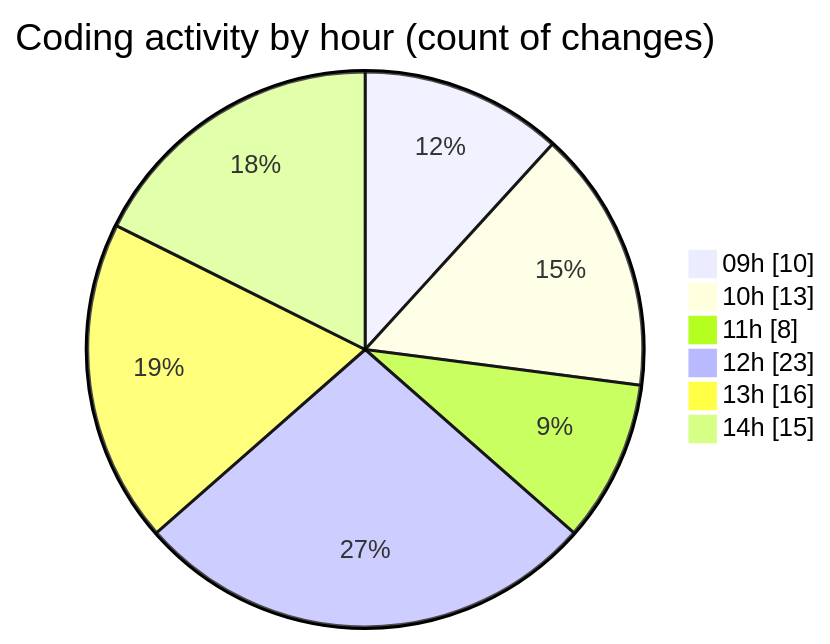
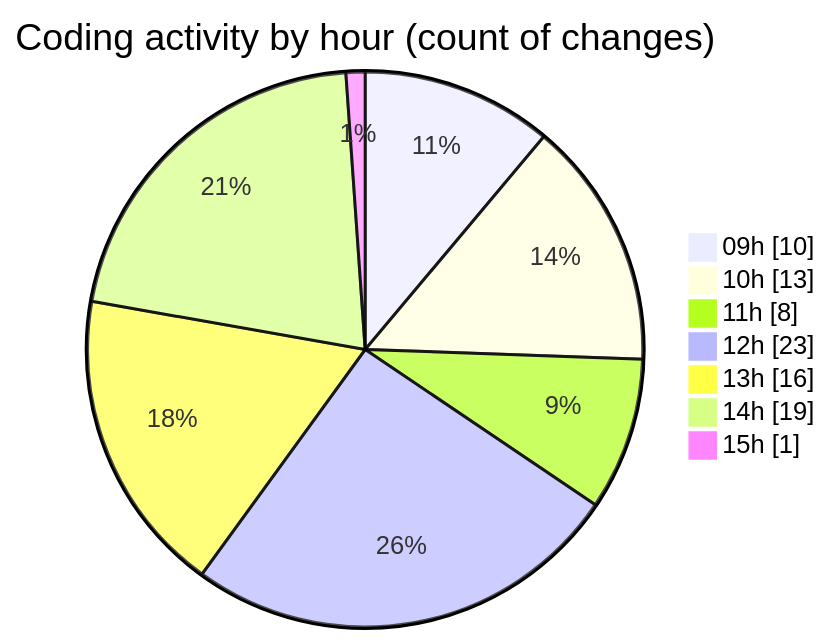
One commit to momahboobian/code-tracking changed the second of 2 diagrams in 2025-03-07/cda/README.md. Above: the diagram before and after it, drawn with Mermaid. The commit also changed other lines of this file and 1 other file, not shown here.

````diff
--- a/2025-03-07/cda/README.md
+++ b/2025-03-07/cda/README.md
@@ -47,10 +47,11 @@
 ```mermaid
 pie showData
 title Coding activity by hour (count of changes)
 "09h" : 10
 "10h" : 13
 "11h" : 8
 "12h" : 23
 "13h" : 16
-"14h" : 15
+"14h" : 19
+"15h" : 1
 ```
````
